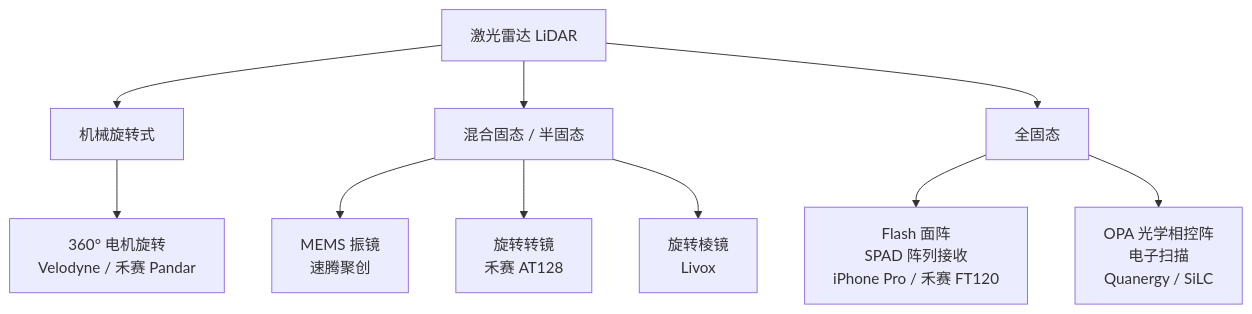
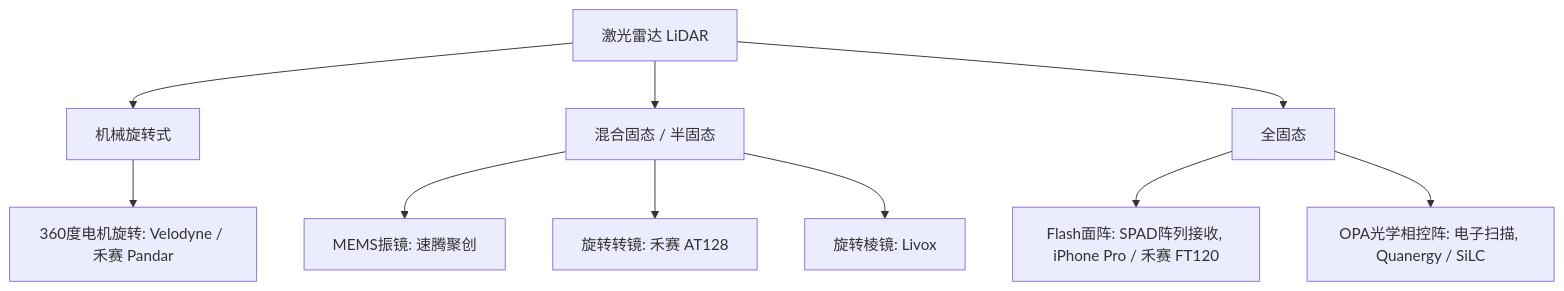
One commit to dull-bird/book_3d_cv changed the second of 3 diagrams in src/00_basics/07_3d_cameras.md. Above: the diagram before and after it, drawn with Mermaid. The commit also changed other lines of this file, not shown here.

First line of the commit message:
fix: remove unsupported mermaid syntax (br tags, style, backslash-n)

````diff
--- a/src/00_basics/07_3d_cameras.md
+++ b/src/00_basics/07_3d_cameras.md
@@ -279,15 +279,15 @@
 ```mermaid
 graph TD
     A[激光雷达 LiDAR] --> B[机械旋转式]
     A --> C[混合固态 / 半固态]
     A --> D[全固态]
     
-    B --> B1[360° 电机旋转<br>Velodyne / 禾赛 Pandar]
+    B --> B1[360度电机旋转: Velodyne / 禾赛 Pandar]
     
-    C --> C1[MEMS 振镜<br>速腾聚创]
-    C --> C2[旋转转镜<br>禾赛 AT128]
-    C --> C3[旋转棱镜<br>Livox]
+    C --> C1[MEMS振镜: 速腾聚创]
+    C --> C2[旋转转镜: 禾赛 AT128]
+    C --> C3[旋转棱镜: Livox]
     
-    D --> D1[Flash 面阵<br>SPAD 阵列接收<br>iPhone Pro / 禾赛 FT120]
-    D --> D2[OPA 光学相控阵<br>电子扫描<br>Quanergy / SiLC]
+    D --> D1[Flash面阵: SPAD阵列接收, iPhone Pro / 禾赛 FT120]
+    D --> D2[OPA光学相控阵: 电子扫描, Quanergy / SiLC]
 ```
````
